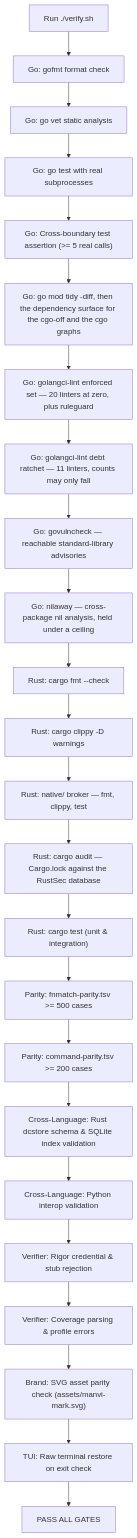
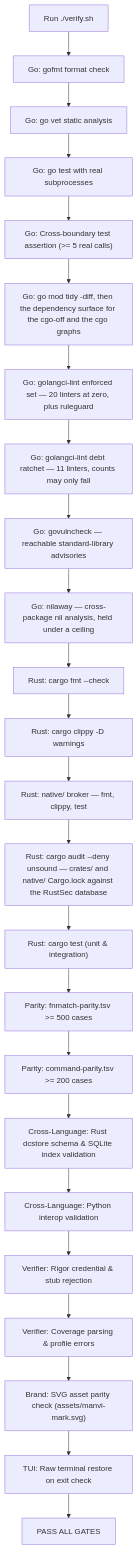
Before and after one commit to bharathvbcr/Manvi: the fourth of 4 diagrams in docs/VERIFICATION_AND_PARITY.md, drawn with Mermaid. The commit also changed 3 other files, not shown here.

First line of the commit message:
fix(verify): audit native/ too and deny unsound advisories; bump tokio to 1.54.1

````diff
--- a/docs/VERIFICATION_AND_PARITY.md
+++ b/docs/VERIFICATION_AND_PARITY.md
@@ -90,32 +90,32 @@
 ```mermaid
 flowchart TD
     Start["Run ./verify.sh"] --> G1["Go: gofmt format check"]
     G1 --> G2["Go: go vet static analysis"]
     G2 --> G3["Go: go test with real subprocesses"]
     G3 --> G4["Go: Cross-boundary test assertion (>= 5 real calls)"]
     G4 --> G5["Go: go mod tidy -diff, then the dependency surface for the cgo-off and the cgo graphs"]
     G5 --> G6["Go: golangci-lint enforced set — 20 linters at zero, plus ruleguard"]
     G6 --> G7["Go: golangci-lint debt ratchet — 11 linters, counts may only fall"]
     G7 --> G8["Go: govulncheck — reachable standard-library advisories"]
     G8 --> G9["Go: nilaway — cross-package nil analysis, held under a ceiling"]
 
     G9 --> R1["Rust: cargo fmt --check"]
     R1 --> R2["Rust: cargo clippy -D warnings"]
     R2 --> R2n["Rust: native/ broker — fmt, clippy, test"]
-    R2n --> R2a["Rust: cargo audit — Cargo.lock against the RustSec database"]
+    R2n --> R2a["Rust: cargo audit --deny unsound — crates/ and native/ Cargo.lock against the RustSec database"]
     R2a --> R3["Rust: cargo test (unit & integration)"]
     
     R3 --> P1["Parity: fnmatch-parity.tsv >= 500 cases"]
     P1 --> P2["Parity: command-parity.tsv >= 200 cases"]
     
     P2 --> X1["Cross-Language: Rust dcstore schema & SQLite index validation"]
     X1 --> X2["Cross-Language: Python interop validation"]
     
     X2 --> V1["Verifier: Rigor credential & stub rejection"]
     V1 --> V2["Verifier: Coverage parsing & profile errors"]
     
     V2 --> M1["Brand: SVG asset parity check (assets/manvi-mark.svg)"]
     M1 --> T1["TUI: Raw terminal restore on exit check"]
     
     T1 --> Finish["PASS ALL GATES"]
 ```
````
